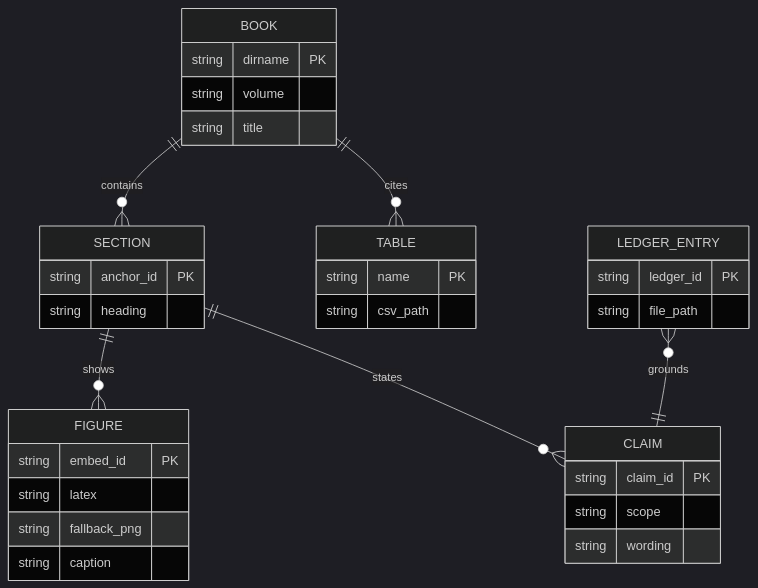
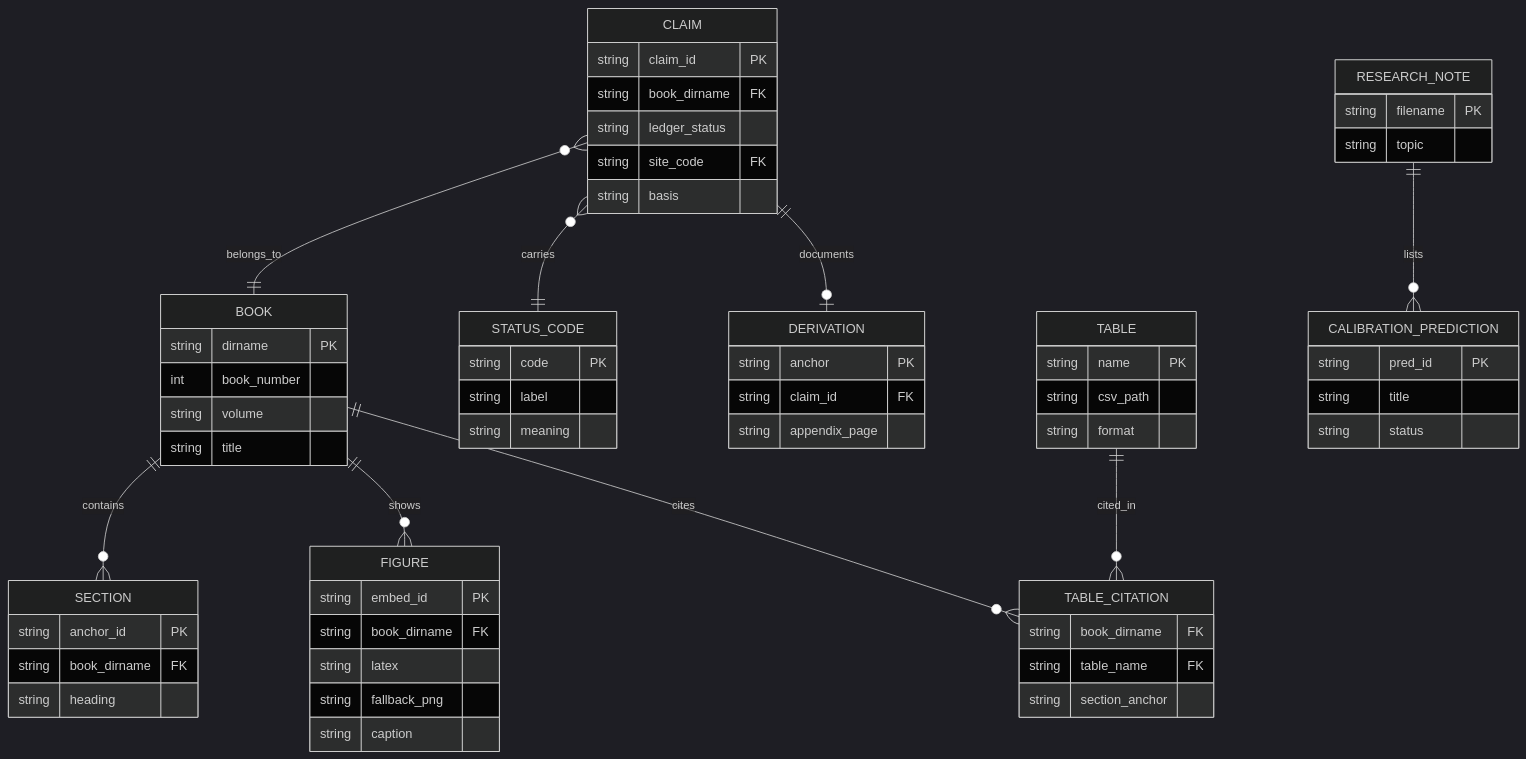
The third of 3 diagrams in docs/architecture.md (cosbykit-afk/r-theory-rewrite), drawn with Mermaid (dark theme) before and after one commit. The commit also changed other lines of this file, not shown here.

Commit message:
docs: improve architecture diagrams — grounded context, DFD, and ERD

````diff
--- a/docs/architecture.md
+++ b/docs/architecture.md
@@ -76,36 +101,65 @@
 ```mermaid
 erDiagram
     BOOK {
         string dirname PK
+        int book_number
         string volume
         string title
     }
     SECTION {
         string anchor_id PK
+        string book_dirname FK
         string heading
     }
     FIGURE {
         string embed_id PK
+        string book_dirname FK
         string latex
         string fallback_png
         string caption
     }
+    STATUS_CODE {
+        string code PK
+        string label
+        string meaning
+    }
     CLAIM {
         string claim_id PK
-        string scope
-        string wording
+        string book_dirname FK
+        string ledger_status
+        string site_code FK
+        string basis
+    }
+    DERIVATION {
+        string anchor PK
+        string claim_id FK
+        string appendix_page
     }
     TABLE {
         string name PK
         string csv_path
+        string format
     }
-    LEDGER_ENTRY {
-        string ledger_id PK
-        string file_path
+    TABLE_CITATION {
+        string book_dirname FK
+        string table_name FK
+        string section_anchor
+    }
+    RESEARCH_NOTE {
+        string filename PK
+        string topic
+    }
+    CALIBRATION_PREDICTION {
+        string pred_id PK
+        string title
+        string status
     }
     BOOK ||--o{ SECTION : contains
-    SECTION ||--o{ FIGURE : shows
-    SECTION ||--o{ CLAIM : states
-    BOOK ||--o{ TABLE : cites
-    LEDGER_ENTRY }o--|| CLAIM : grounds
+    BOOK ||--o{ FIGURE : shows
+    CLAIM }o--|| BOOK : belongs_to
+    CLAIM }o--|| STATUS_CODE : carries
+    CLAIM ||--o| DERIVATION : documents
+    BOOK ||--o{ TABLE_CITATION : cites
+    TABLE ||--o{ TABLE_CITATION : cited_in
+    RESEARCH_NOTE ||--o{ CALIBRATION_PREDICTION : lists
 ```
````
